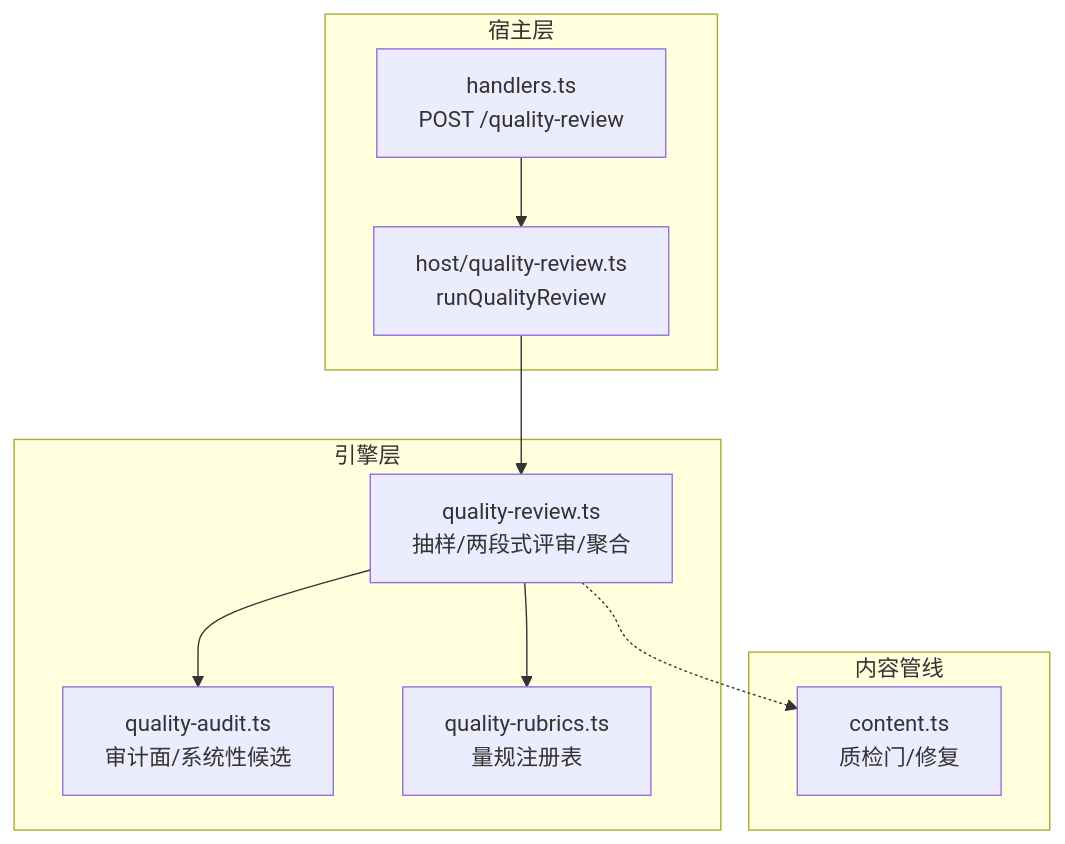
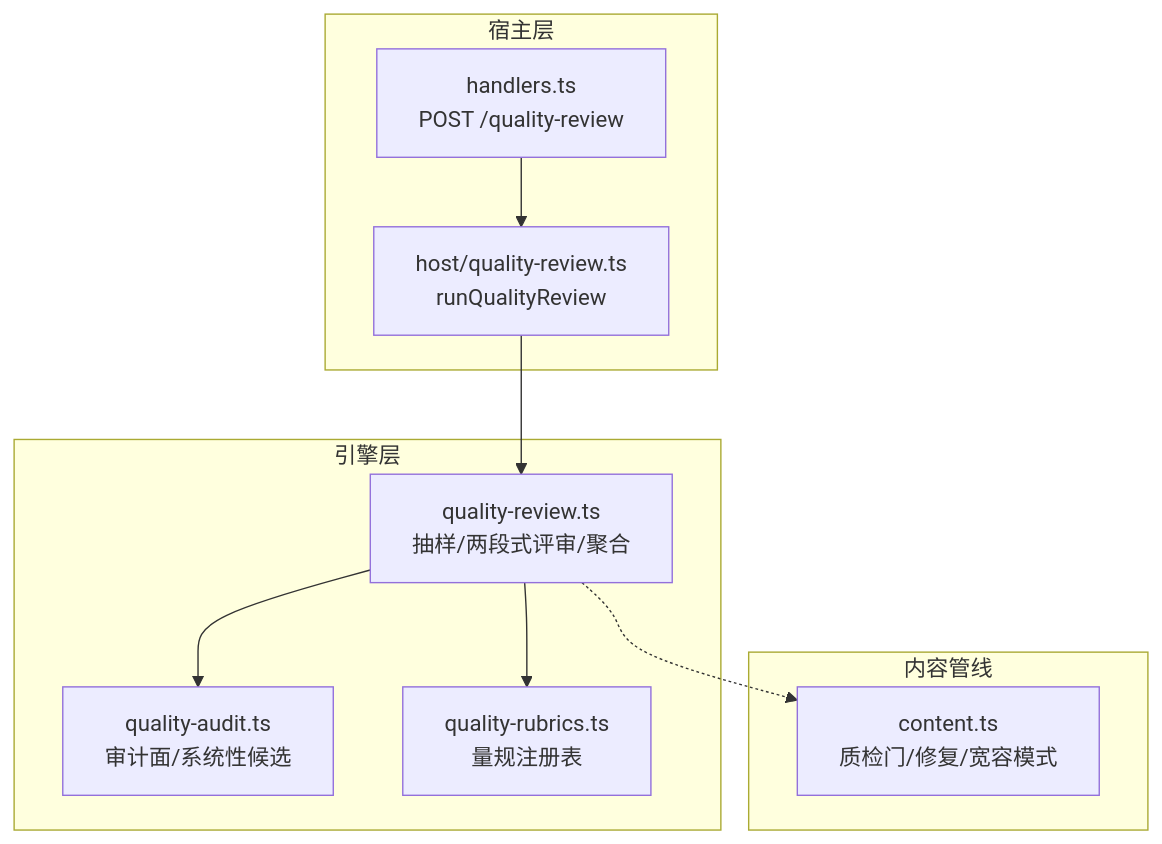
One commit to maozhijie/learnhub-plugin changed the first of 7 diagrams in .qoder/repowiki/zh/content/内容生成流水线/质量审核系统/质量审核系统.md. Above: the diagram before and after it, drawn with Mermaid. The commit also changed other lines of this file and 8 other files, not shown here.

````diff
--- a/.qoder/repowiki/zh/content/内容生成流水线/质量审核系统/质量审核系统.md
+++ b/.qoder/repowiki/zh/content/内容生成流水线/质量审核系统/质量审核系统.md
@@ -35,18 +45,18 @@
 ```mermaid
 graph TB
 subgraph "宿主层"
 H1["handlers.ts<br/>POST /quality-review"]
 H2["host/quality-review.ts<br/>runQualityReview"]
 end
 subgraph "引擎层"
 E1["quality-review.ts<br/>抽样/两段式评审/聚合"]
 E2["quality-audit.ts<br/>审计面/系统性候选"]
 E3["quality-rubrics.ts<br/>量规注册表"]
 end
 subgraph "内容管线"
-C1["content.ts<br/>质检门/修复"]
+C1["content.ts<br/>质检门/修复/宽容模式"]
 end
 H1 --> H2 --> E1 --> E2
 E1 --> E3
 E1 -.-> C1
 ```
````
